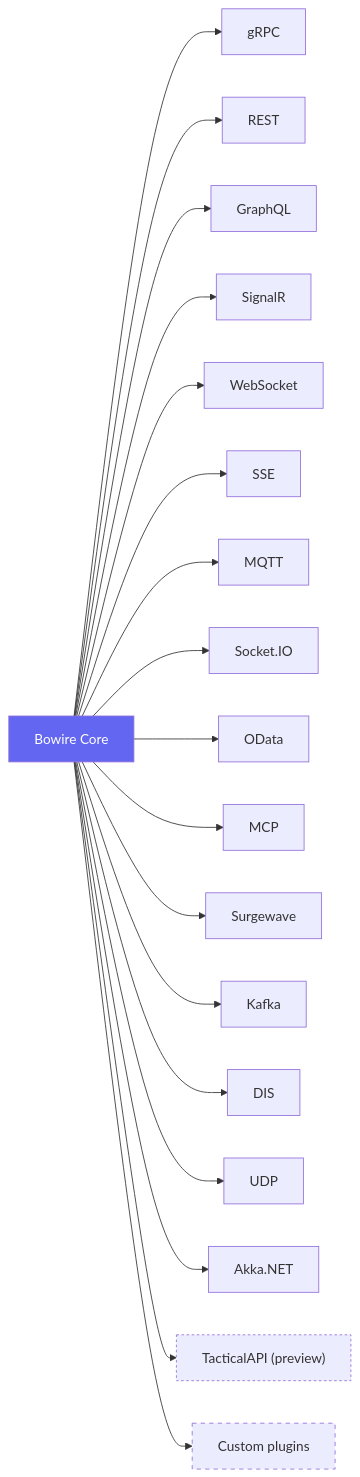
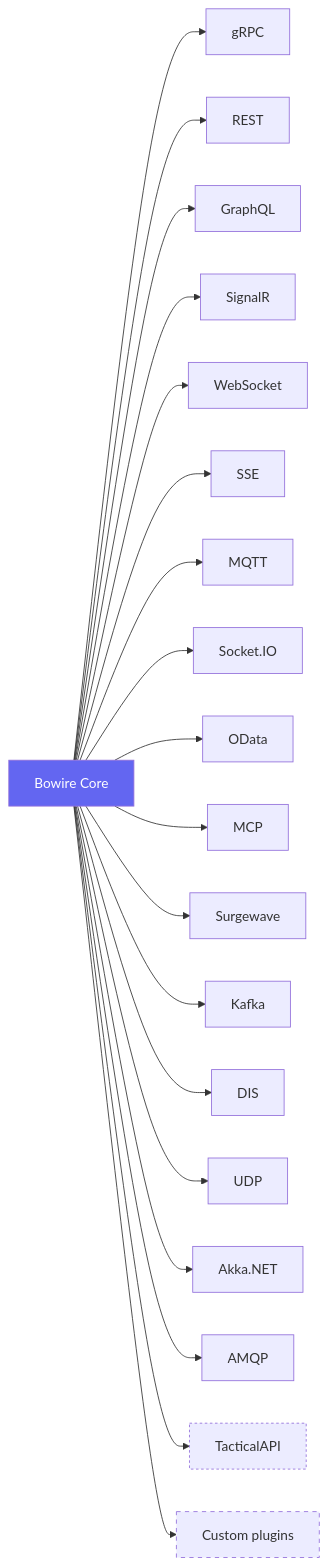
One commit to Kuestenlogik/Bowire changed the diagram in docs/protocols/index.md. Above: the diagram before and after it, drawn with Mermaid. The commit also changed other lines of this file and 6 other files, not shown here.

````diff
--- a/docs/protocols/index.md
+++ b/docs/protocols/index.md
@@ -41,23 +42,24 @@
 ```mermaid
 graph LR
     A[Bowire Core] --> B[gRPC]
     A --> C[REST]
     A --> D[GraphQL]
     A --> E[SignalR]
     A --> F[WebSocket]
     A --> G[SSE]
     A --> H[MQTT]
     A --> I[Socket.IO]
     A --> J[OData]
     A --> K[MCP]
     A --> M[Surgewave]
     A --> N[Kafka]
     A --> O[DIS]
     A --> P[UDP]
     A --> Q["Akka.NET"]
-    A --> R["TacticalAPI (preview)"]
+    A --> AMQP[AMQP]
+    A --> R[TacticalAPI]
     A --> L[Custom plugins]
     style A fill:#6366f1,color:#fff
     style L stroke-dasharray: 5 5
     style R stroke-dasharray: 3 3
 ```
````
